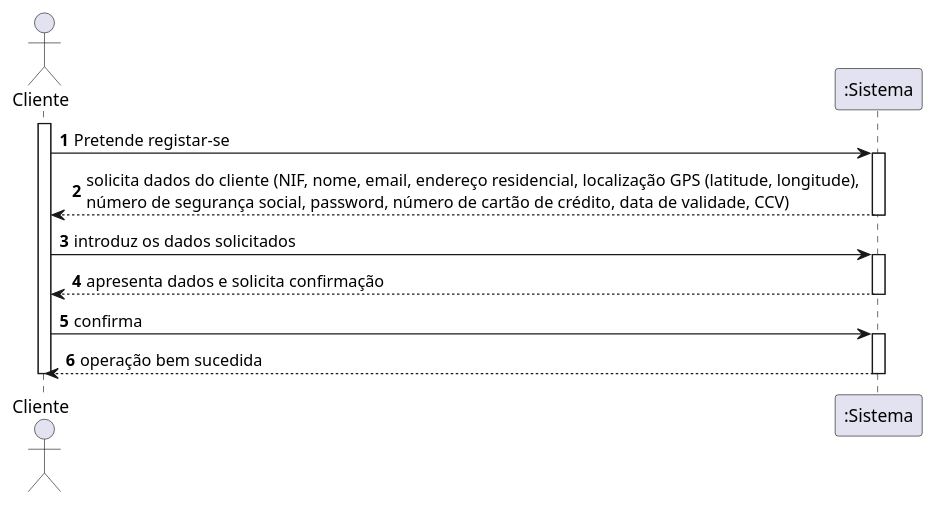
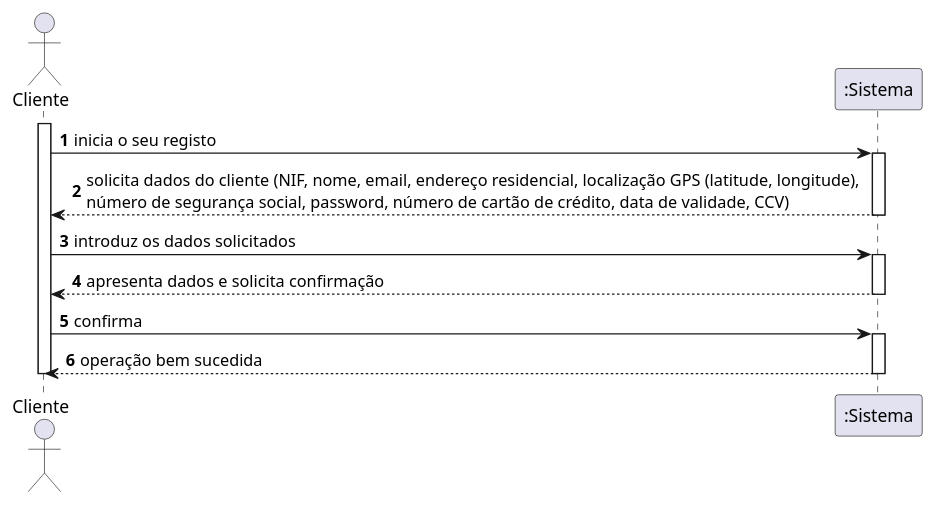
Before and after one commit to pedrolemos4/LAPR3: the diagram in docs/UC7/SSD-REGISTAR CLIENTE.puml, drawn with PlantUML. The commit also changed 5 other files, not shown here.

```diff
--- a/docs/UC7/SSD-REGISTAR CLIENTE.puml
+++ b/docs/UC7/SSD-REGISTAR CLIENTE.puml
@@ -1,22 +1,22 @@
 @startuml
 autonumber
 actor "Cliente" as CL
 
 activate CL
-CL -> ":Sistema" : Pretende registar-se
+CL -> ":Sistema" : inicia o seu registo
 activate ":Sistema"
 ":Sistema" --> CL : solicita dados do cliente (NIF, nome, email, endereço residencial, localização GPS (latitude, longitude), \nnúmero de segurança social, password, número de cartão de crédito, data de validade, CCV)
 deactivate ":Sistema"
 
 CL -> ":Sistema" : introduz os dados solicitados
 activate ":Sistema"
 ":Sistema" --> CL : apresenta dados e solicita confirmação
 deactivate ":Sistema"
 
 CL -> ":Sistema" : confirma
 activate ":Sistema"
 ":Sistema" --> CL : operação bem sucedida
 deactivate ":Sistema"
 
 deactivate CL
 @enduml
```
